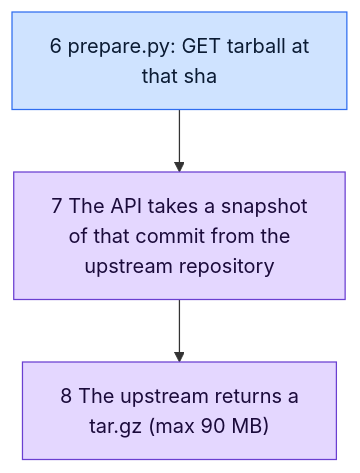
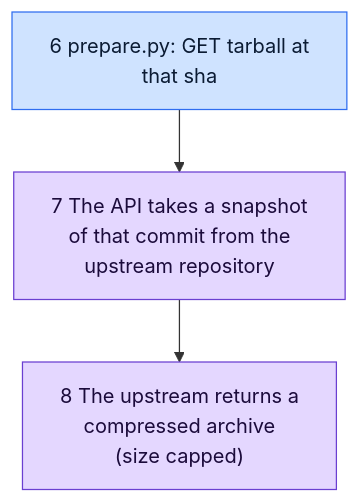
Before and after one commit to MacGuard/macguard-yara-channel: the diagram in docs/wiki/diagrams/sources-sequence-2-download.mmd, drawn with Mermaid. The commit also changed 53 other files, not shown here.

```diff
--- a/docs/wiki/diagrams/sources-sequence-2-download.mmd
+++ b/docs/wiki/diagrams/sources-sequence-2-download.mmd
@@ -1,9 +1,9 @@
 %%{init: {"flowchart": {"wrappingWidth": 300}}}%%
 flowchart TB
   e1["6 prepare.py: GET tarball at<br/>that sha"]:::act
   e2["7 The API takes a snapshot<br/>of that commit from the<br/>upstream repository"]:::ext
-  e3["8 The upstream returns a<br/>tar.gz (max 90 MB)"]:::ext
+  e3["8 The upstream returns a<br/>compressed archive<br/>(size capped)"]:::ext
   e1 --> e2
   e2 --> e3
   classDef act fill:#cfe3ff,stroke:#2f6df0,color:#0b1b33
   classDef ext fill:#e4d7ff,stroke:#6a3fd1,color:#1b0b3b
```
